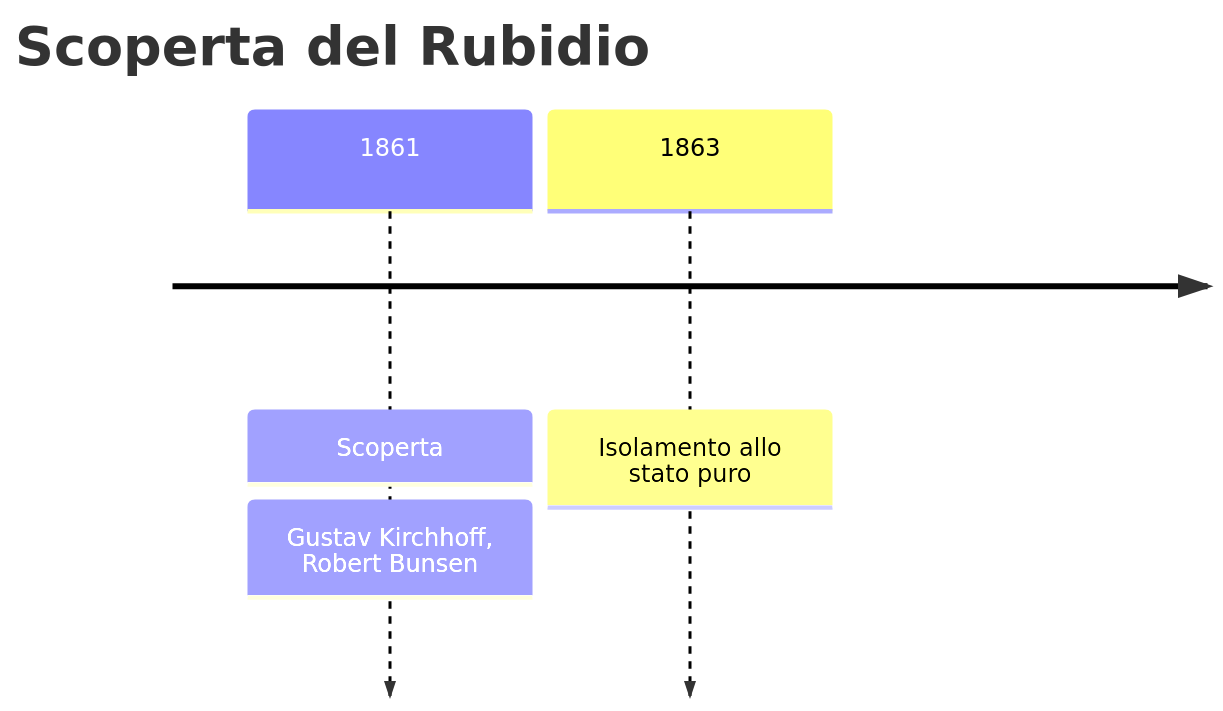
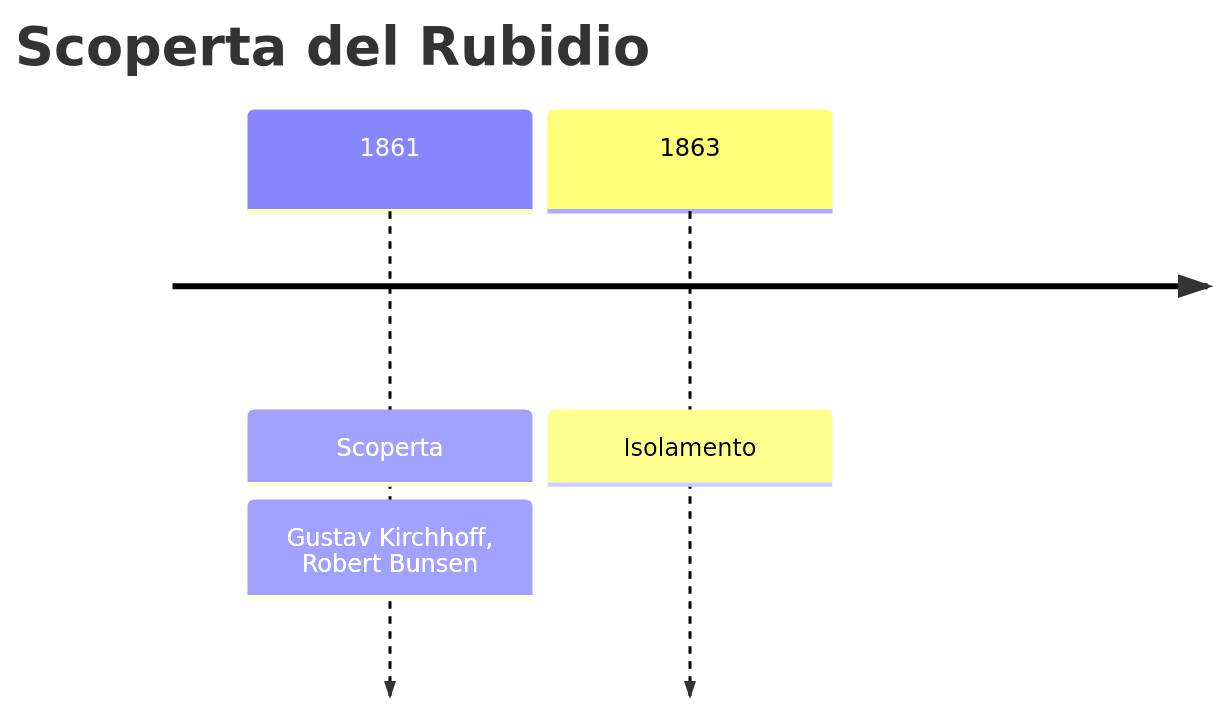
The first of 2 diagrams in vault/Elementi/Rubidio.md (gianlucaciarcelluti/elements-caos), drawn with Mermaid before and after one commit. The commit also changed 56 other files, not shown here.

````diff
--- a/vault/Elementi/Rubidio.md
+++ b/vault/Elementi/Rubidio.md
@@ -28,6 +28,6 @@
 ```mermaid
 timeline
     title Scoperta del Rubidio
     1861 : Scoperta : Gustav Kirchhoff, Robert Bunsen
-    1863 : Isolamento allo stato puro
+    1863 : Isolamento
 ```
````
